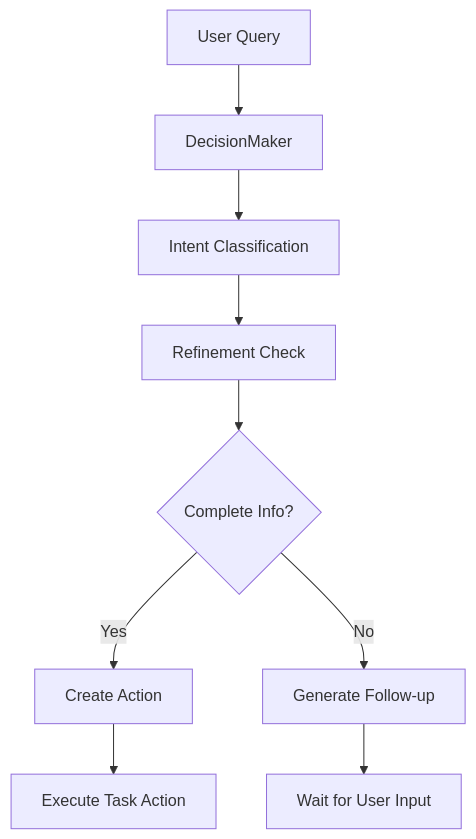
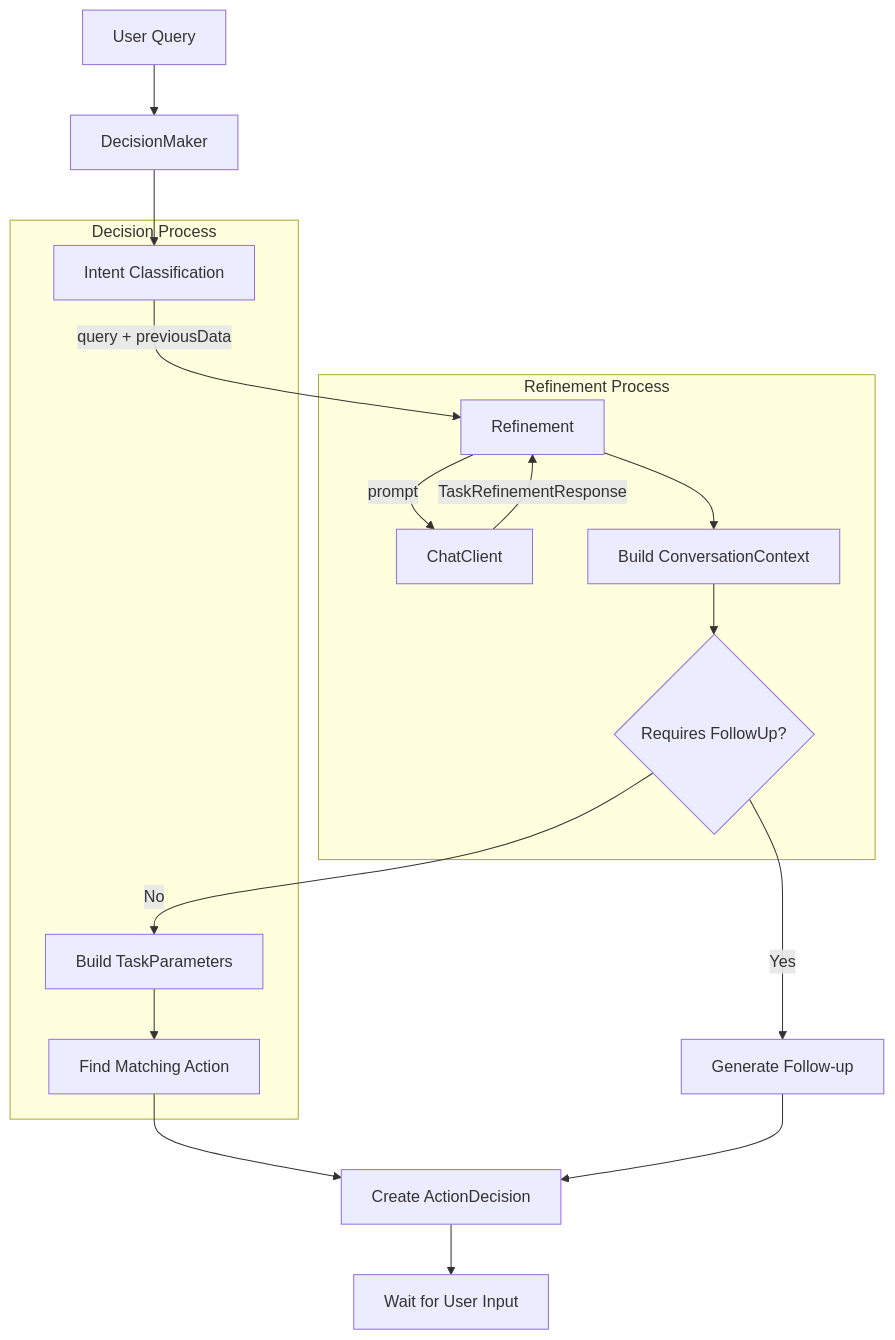
The diagram in backend/architecture/current.md (adamalsalman75/agent), drawn with Mermaid before and after one commit. The commit also changed other lines of this file and 1 other file, not shown here.

Commit message:
update diagram

````diff
--- a/backend/architecture/current.md
+++ b/backend/architecture/current.md
@@ -62,11 +62,33 @@
 ```mermaid
 graph TD
     Query[User Query] --> Decision[DecisionMaker]
     Decision --> Intent[Intent Classification]
-    Intent --> Refinement[Refinement Check]
-    Refinement --> Complete{Complete Info?}
-    Complete -->|Yes| Action[Create Action]
-    Complete -->|No| FollowUp[Generate Follow-up]
-    Action --> Execute[Execute Task Action]
-    FollowUp --> NextQuery[Wait for User Input]
+    Intent -- "query + previousData" --> Refinement[Refinement]
+    Refinement -- "prompt" --> LLM[ChatClient]
+    LLM -- "TaskRefinementResponse" --> Refinement
+    
+    Refinement --> CollectData[Build ConversationContext]
+    CollectData --> Complete{Requires FollowUp?}
+    
+    Complete -->|Yes| FollowUp[Generate Follow-up]
+    Complete -->|No| BuildParams[Build TaskParameters]
+    
+    BuildParams --> Action[Find Matching Action]
+    Action --> ActionDecision[Create ActionDecision]
+    
+    FollowUp --> ActionDecision
+    ActionDecision --> NextQuery[Wait for User Input]
+    
+    subgraph "Refinement Process"
+        Refinement
+        LLM
+        CollectData
+        Complete
+    end
+    
+    subgraph "Decision Process"
+        Intent
+        BuildParams
+        Action
+    end
 ```
````
